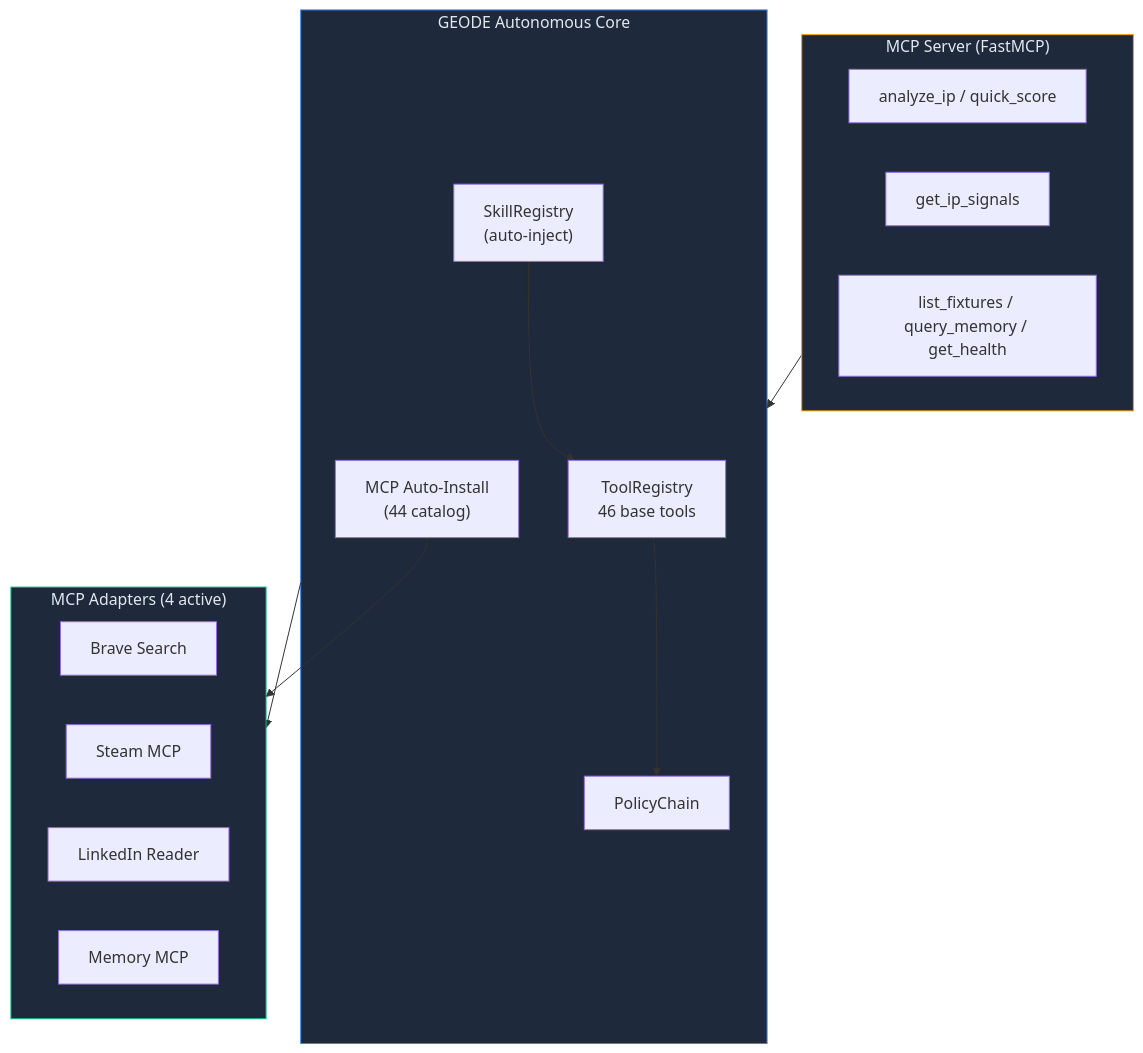
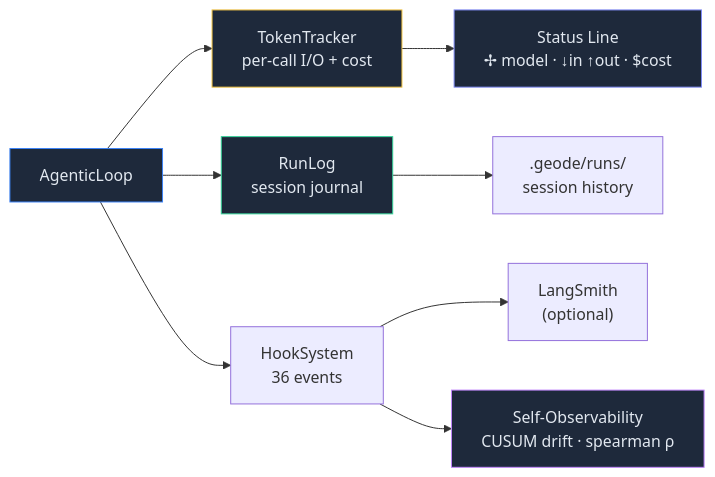
Diagram 17 of 19 in docs/architecture.md (mangowhoiscloud/geode), drawn with Mermaid before and after one commit. The commit also changed other lines of this file, not shown here.

First line of the commit message:
docs: 6-Path Tool Dispatch + HITL Y/N/A + Observability + 정합성

````diff
--- a/docs/architecture.md
+++ b/docs/architecture.md
@@ -530,32 +582,17 @@
 ```mermaid
-graph TB
-    subgraph GEODE["GEODE Autonomous Core"]
-        Registry["ToolRegistry<br/>46 base tools"]
-        Policy["PolicyChain"]
-        SkillReg["SkillRegistry<br/>(auto-inject)"]
-        MCPInstall["MCP Auto-Install<br/>(44 catalog)"]
-    end
+flowchart LR
+    Agent["AgenticLoop"] --> TT["TokenTracker<br/>per-call I/O + cost"]
+    Agent --> RL["RunLog<br/>session journal"]
+    Agent --> Hook["HookSystem<br/>36 events"]
 
-    subgraph MCPAdapters["MCP Adapters (4 active)"]
-        Brave["Brave Search"]
-        Steam["Steam MCP"]
-        LI["LinkedIn Reader"]
-        Mem["Memory MCP"]
-    end
+    TT --> Status["Status Line<br/>✢ model · ↓in ↑out · $cost"]
+    RL --> File[".geode/runs/<br/>session history"]
+    Hook --> LangSmith["LangSmith<br/>(optional)"]
+    Hook --> SelfObs["Self-Observability<br/>CUSUM drift · spearman ρ"]
 
-    subgraph MCPServer["MCP Server (FastMCP)"]
-        T1["analyze_ip / quick_score"]
-        T2["get_ip_signals"]
-        T3["list_fixtures / query_memory / get_health"]
-    end
-
-    Registry --> Policy
-    SkillReg --> Registry
-    MCPInstall --> MCPAdapters
-    GEODE --> MCPAdapters
-    MCPServer --> GEODE
-
-    style GEODE fill:#1e293b,stroke:#3b82f6,color:#e2e8f0
-    style MCPAdapters fill:#1e293b,stroke:#10b981,color:#e2e8f0
-    style MCPServer fill:#1e293b,stroke:#f59e0b,color:#e2e8f0
+    style Agent fill:#1e293b,stroke:#3b82f6,color:#e2e8f0
+    style TT fill:#1e293b,stroke:#f5c542,color:#e2e8f0
+    style RL fill:#1e293b,stroke:#34d399,color:#e2e8f0
+    style Status fill:#1e293b,stroke:#818cf8,color:#e2e8f0
+    style SelfObs fill:#1e293b,stroke:#c084fc,color:#e2e8f0
 ```
````
